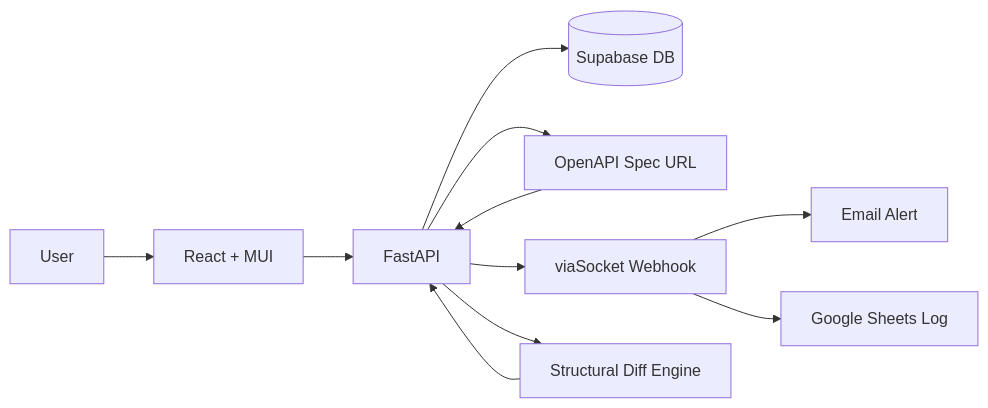
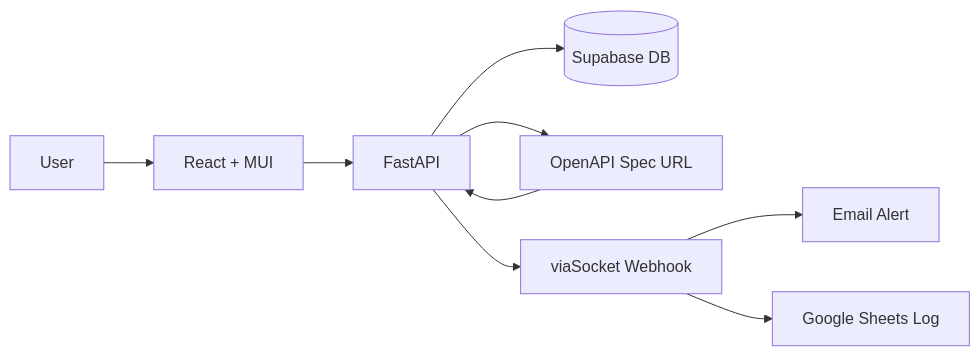
One commit to TechSquad-AI/Novagrid changed the diagram in JUDGING_REPORT.md. Above: the diagram before and after it, drawn with Mermaid. The commit also changed other lines of this file, not shown here.

````diff
--- a/JUDGING_REPORT.md
+++ b/JUDGING_REPORT.md
@@ -22,13 +22,11 @@
 ```mermaid
 flowchart LR
     User --> Frontend[React + MUI]
     Frontend --> Backend[FastAPI]
     Backend --> Supabase[(Supabase DB)]
     Backend --> OpenAPI[OpenAPI Spec URL]
     OpenAPI --> Backend
     Backend --> viaSocket[viaSocket Webhook]
     viaSocket --> Email[Email Alert]
     viaSocket --> GoogleSheets[Google Sheets Log]
-    Backend --> DiffEngine[Structural Diff Engine]
-    DiffEngine --> Backend
 ```
````
